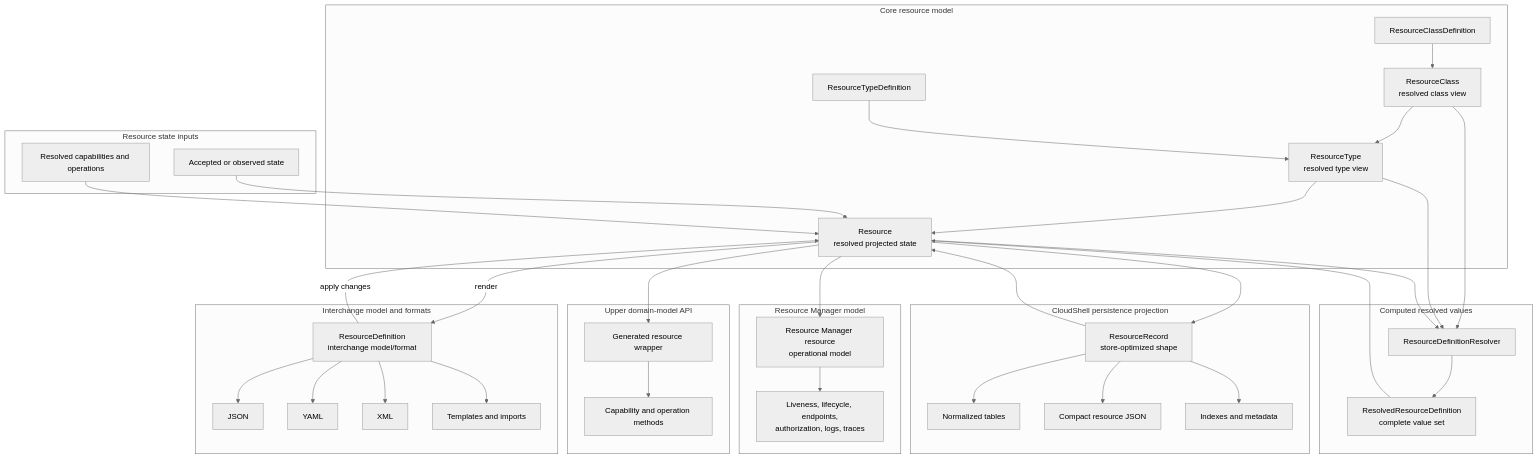
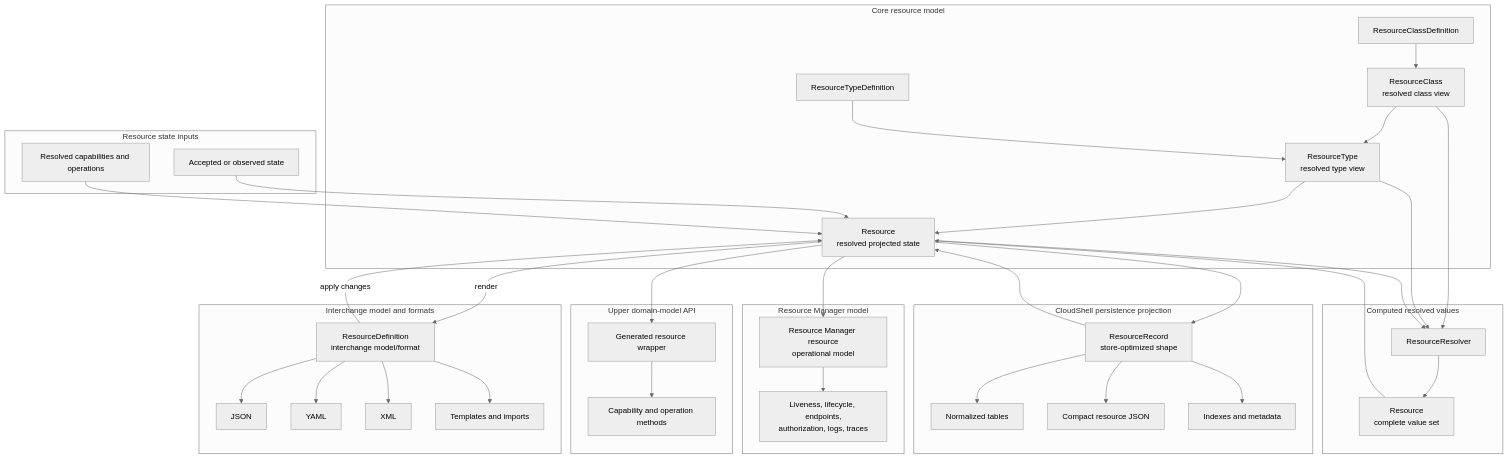
The fourth of 4 diagrams in docs/proposals/core/resource-definitions-and-capability-providers.md (marinasundstrom/CloudShell), drawn with Mermaid (neutral theme) before and after one commit. The commit also changed other lines of this file and 20 other files, not shown here.

````diff
--- a/docs/proposals/core/resource-definitions-and-capability-providers.md
+++ b/docs/proposals/core/resource-definitions-and-capability-providers.md
@@ -1308,72 +1309,72 @@
 ```mermaid
 flowchart TD
     subgraph domainData [Core resource model]
         resource["Resource<br/>resolved projected state"]
         resourceType["ResourceType<br/>resolved type view"]
         resourceClass["ResourceClass<br/>resolved class view"]
         classDefinition["ResourceClassDefinition"]
         typeDefinition["ResourceTypeDefinition"]
     end
 
     subgraph documentProjection [Interchange model and formats]
         definition["ResourceDefinition<br/>interchange model/format"]
         json["JSON"]
         yaml["YAML"]
         xml["XML"]
         templates["Templates and imports"]
     end
 
     subgraph persistenceProjection [CloudShell persistence projection]
         record["ResourceRecord<br/>store-optimized shape"]
         tables["Normalized tables"]
         compactJson["Compact resource JSON"]
         indexes["Indexes and metadata"]
     end
 
     subgraph resolvedData [Computed resolved values]
-        resolver["ResourceDefinitionResolver"]
-        resolved["ResolvedResourceDefinition<br/>complete value set"]
+        resolver["ResourceResolver"]
+        resolved["Resource<br/>complete value set"]
     end
 
     subgraph resourceInputs [Resource state inputs]
         actualState["Accepted or observed state"]
         capabilityOperationBehavior["Resolved capabilities and operations"]
     end
 
     subgraph upperApi [Upper domain-model API]
         wrapper["Generated resource wrapper"]
         behavior["Capability and operation methods"]
     end
 
     subgraph resourceManagerModel [Resource Manager model]
         managedResource["Resource Manager resource<br/>operational model"]
         liveness["Liveness, lifecycle, endpoints,<br/>authorization, logs, traces"]
     end
 
     resource -->|render| definition
     definition -->|apply changes| resource
 
     classDefinition --> resourceClass --> resourceType
     typeDefinition --> resourceType
     resourceType --> resource
     resourceClass --> resolver
     resourceType --> resolver
     resource --> resolver
 
     definition --> json
     definition --> yaml
     definition --> xml
     definition --> templates
 
     resource --> record
     record --> tables
     record --> compactJson
     record --> indexes
     record --> resource
 
     resolver --> resolved --> resource
     actualState --> resource
     capabilityOperationBehavior --> resource
     resource --> wrapper --> behavior
     resource --> managedResource --> liveness
 ```
````
